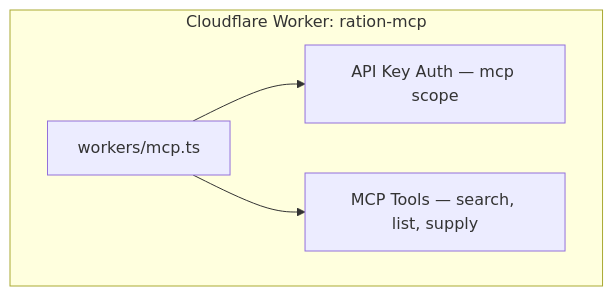
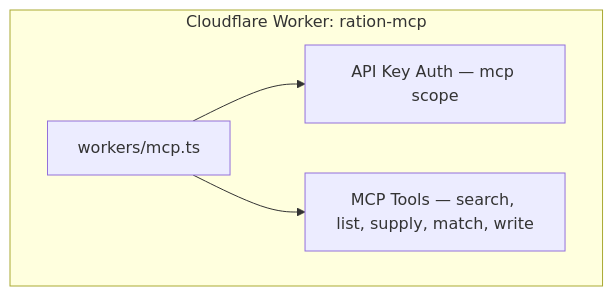
The third of 21 diagrams in README.md (bjamesdowning/ration-mirror), drawn with Mermaid before and after one commit. The commit also changed other lines of this file and 5 other files, not shown here.

First line of the commit message:
feat(mcp): add write tools, get_credit_balance, update_cargo_item; update settings & README

````diff
--- a/README.md
+++ b/README.md
@@ -113,10 +113,10 @@
 ```mermaid
 flowchart TB
     subgraph McpWorker["Cloudflare Worker: ration-mcp"]
         McpHandler["workers/mcp.ts"]
         McpAuth["API Key Auth — mcp scope"]
-        McpTools["MCP Tools — search, list, supply"]
+        McpTools["MCP Tools — search, list, supply, match, write"]
         McpHandler --> McpAuth
         McpHandler --> McpTools
     end
 ```
````
